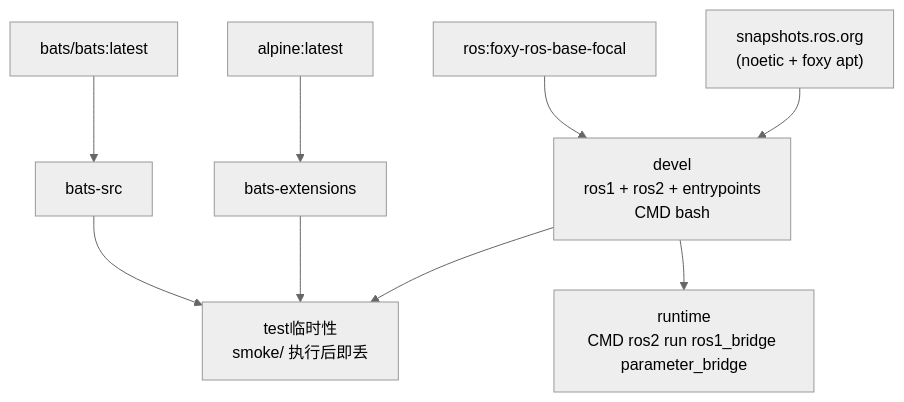
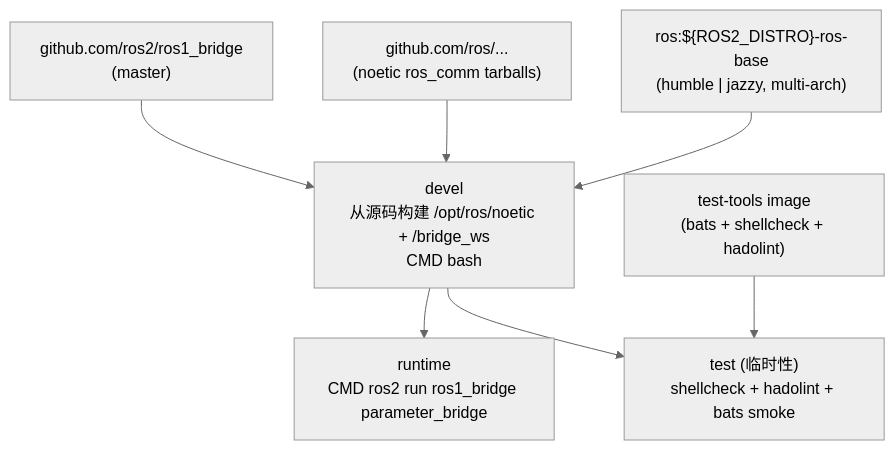
Before and after one commit to ycpss91255-docker/ros1_bridge: the diagram in doc/README.zh-CN.md, drawn with Mermaid (neutral theme). The commit also changed other lines of this file and 8 other files, not shown here.

First line of the commit message:
docs+lint: align README/CHANGELOG/TEST.md with source-build refactor; fix Dockerfile lint + bats flunk

````diff
--- a/doc/README.zh-CN.md
+++ b/doc/README.zh-CN.md
@@ -181,20 +182,17 @@
 ```mermaid
 graph TD
-    EXT1["bats/bats:latest"]
-    EXT2["alpine:latest"]
-    EXT3["ros:foxy-ros-base-focal"]
-    EXT4["snapshots.ros.org\n(noetic + foxy apt)"]
+    EXT1["test-tools image\n(bats + shellcheck + hadolint)"]
+    EXT3["ros:${ROS2_DISTRO}-ros-base\n(humble | jazzy, multi-arch)"]
+    EXT4["github.com/ros/...\n(noetic ros_comm tarballs)"]
+    EXT5["github.com/ros2/ros1_bridge\n(master)"]
 
-    EXT1 --> bats-src["bats-src"]
-    EXT2 --> bats-ext["bats-extensions"]
-
-    EXT3 --> devel["devel\nros1 + ros2 + entrypoints\nCMD bash"]
+    EXT3 --> devel["devel\n从源码构建 /opt/ros/noetic + /bridge_ws\nCMD bash"]
     EXT4 --> devel
+    EXT5 --> devel
 
     devel --> runtime["runtime\nCMD ros2 run ros1_bridge parameter_bridge"]
 
-    bats-src --> test["test临时性\nsmoke/ 执行后即丢"]
-    bats-ext --> test
+    EXT1 --> test["test (临时性)\nshellcheck + hadolint + bats smoke"]
     devel --> test
 
 ```
````
